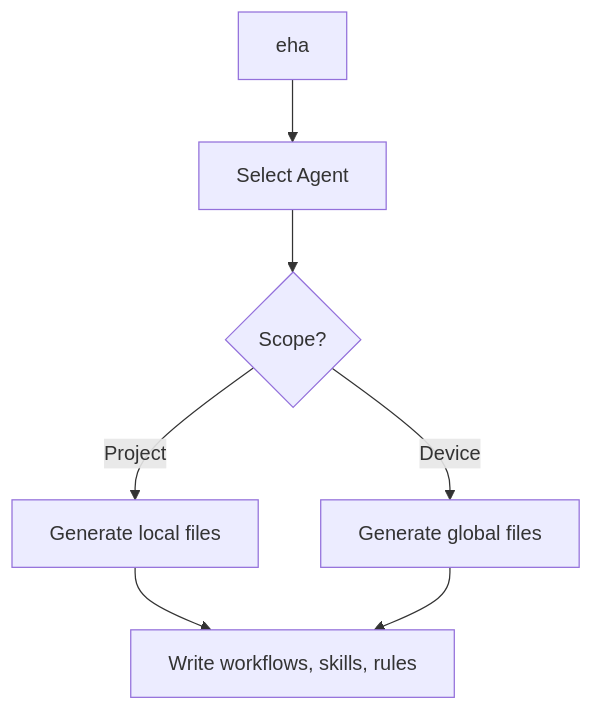
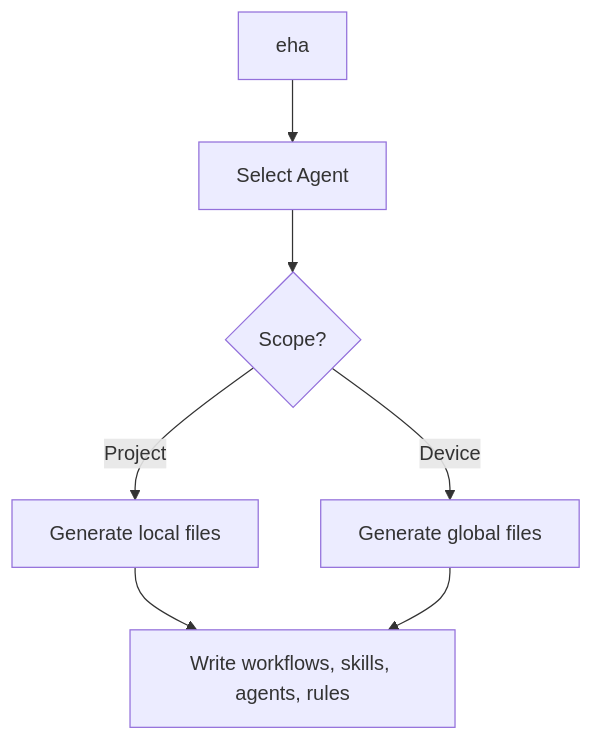
Before and after one commit to SallMarta/eye-hate-agent: the second of 2 diagrams in docs/project-docs/foundation/prd.md, drawn with Mermaid. The commit also changed other lines of this file and 25 other files, not shown here.

````diff
--- a/docs/project-docs/foundation/prd.md
+++ b/docs/project-docs/foundation/prd.md
@@ -66,9 +66,9 @@
 ```mermaid
 flowchart TD
     A[eha] --> B[Select Agent]
     B --> C{Scope?}
     C -- Project --> D[Generate local files]
     C -- Device --> E[Generate global files]
-    D --> F[Write workflows, skills, rules]
+    D --> F[Write workflows, skills, agents, rules]
     E --> F
 ```
````
